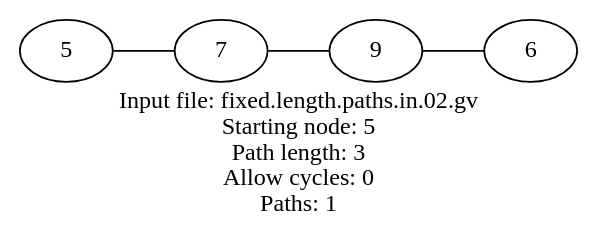
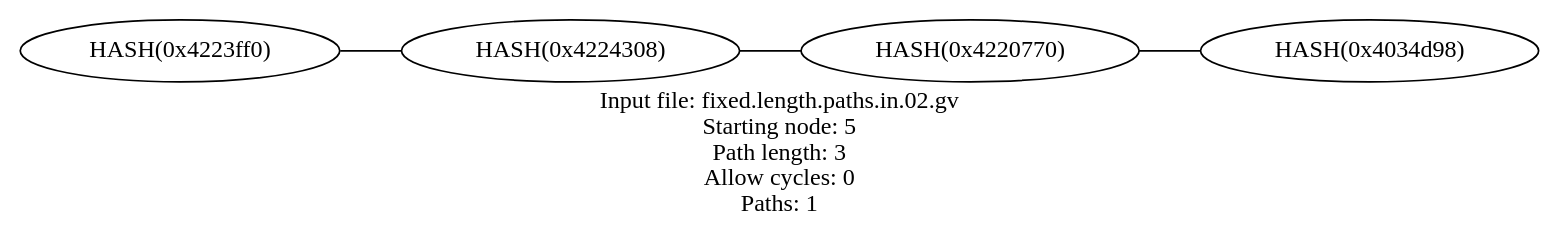
The diagram in out/fixed.length.paths.out.02.gv (graphviz-perl/GraphViz2-Marpa-PathUtils), drawn with Graphviz before and after one commit. The commit also changed 13 other files, not shown here.

```diff
--- a/out/fixed.length.paths.out.02.gv
+++ b/out/fixed.length.paths.out.02.gv
@@ -1,11 +1,11 @@
 graph fixed_length_paths
 {
 	label = "Input file: fixed.length.paths.in.02.gv\nStarting node: 5\nPath length: 3\nAllow cycles: 0\nPaths: 1" rankdir = LR
 
-	"1" [label = "5"]
-	"2" [label = "7"]
-	"3" [label = "9"]
-	"4" [label = "6"]
+	"5" [label = "HASH(0x4223ff0)"]
+	"7" [label = "HASH(0x4224308)"]
+	"9" [label = "HASH(0x4220770)"]
+	"6" [label = "HASH(0x4034d98)"]
 
-	"1"  --  "2"  --  "3"  --  "4"
+	"5"  --  "7"  --  "9"  --  "6"
 }
```
